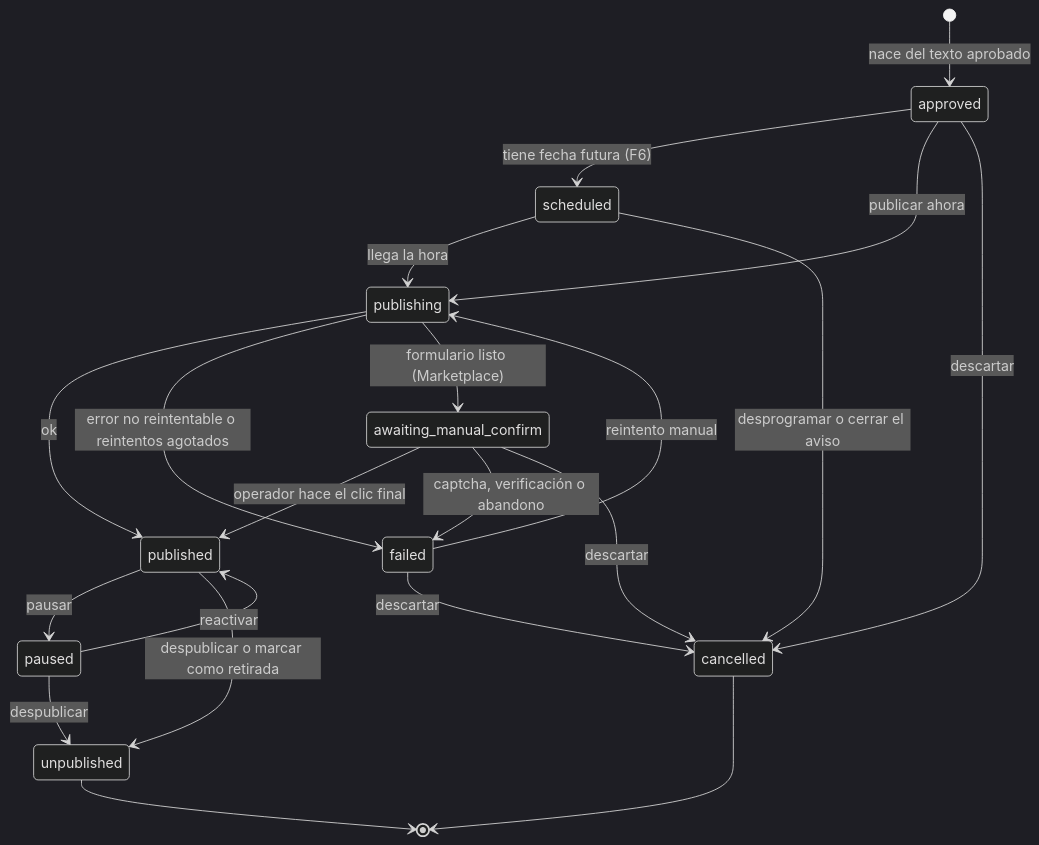
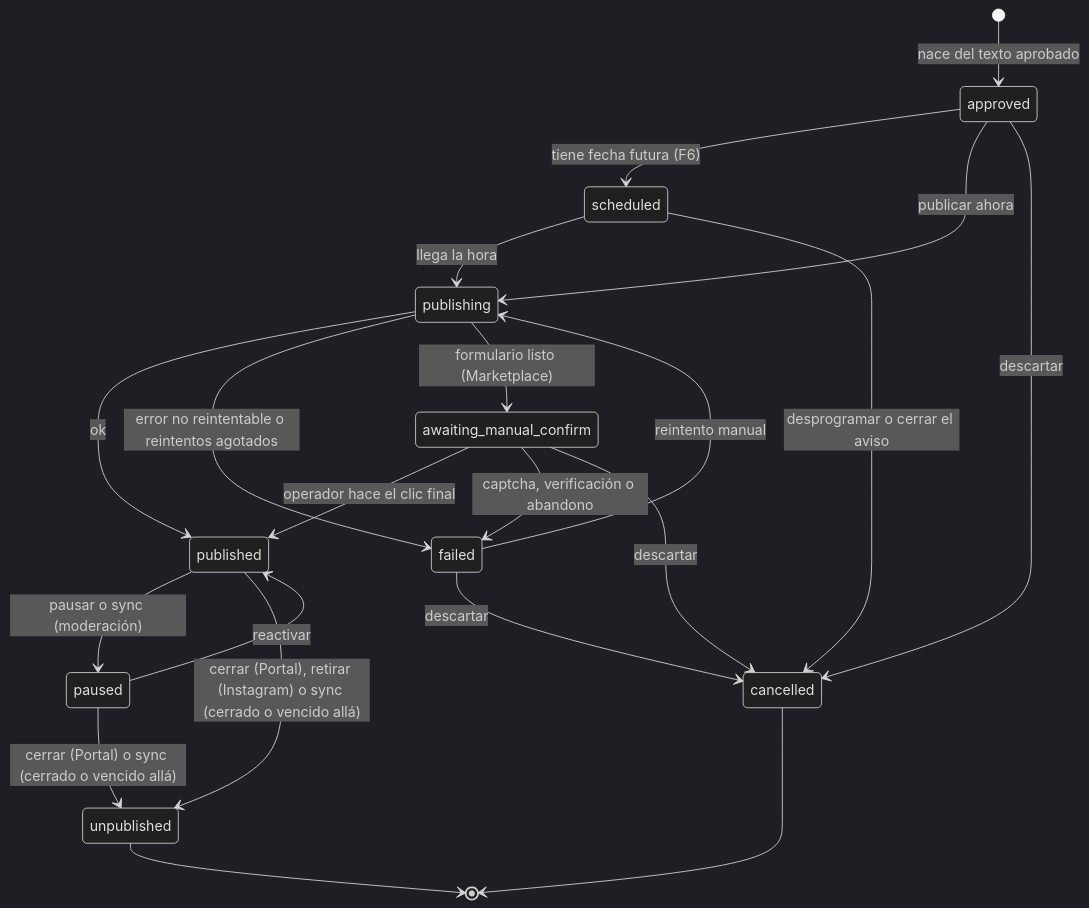
Before and after one commit to vicentewolde/AgentSales: the second of 2 diagrams in docs/01-arquitectura.md, drawn with Mermaid (dark theme). The commit also changed other lines of this file and 18 other files, not shown here.

````diff
--- a/docs/01-arquitectura.md
+++ b/docs/01-arquitectura.md
@@ -175,23 +175,23 @@
 ```mermaid
 stateDiagram-v2
   [*] --> approved: nace del texto aprobado
   approved --> scheduled: tiene fecha futura (F6)
   approved --> publishing: publicar ahora
   scheduled --> publishing: llega la hora
   publishing --> published: ok
   publishing --> failed: error no reintentable o reintentos agotados
   failed --> publishing: reintento manual
-  published --> paused: pausar
+  published --> paused: pausar o sync (moderación)
   paused --> published: reactivar
-  published --> unpublished: despublicar o marcar como retirada
-  paused --> unpublished: despublicar
+  published --> unpublished: cerrar (Portal), retirar (Instagram) o sync (cerrado o vencido allá)
+  paused --> unpublished: cerrar (Portal) o sync (cerrado o vencido allá)
   publishing --> awaiting_manual_confirm: formulario listo (Marketplace)
   awaiting_manual_confirm --> published: operador hace el clic final
   awaiting_manual_confirm --> failed: captcha, verificación o abandono
   unpublished --> [*]
   approved --> cancelled: descartar
   scheduled --> cancelled: desprogramar o cerrar el aviso
   failed --> cancelled: descartar
   awaiting_manual_confirm --> cancelled: descartar
   cancelled --> [*]
 ```
````
